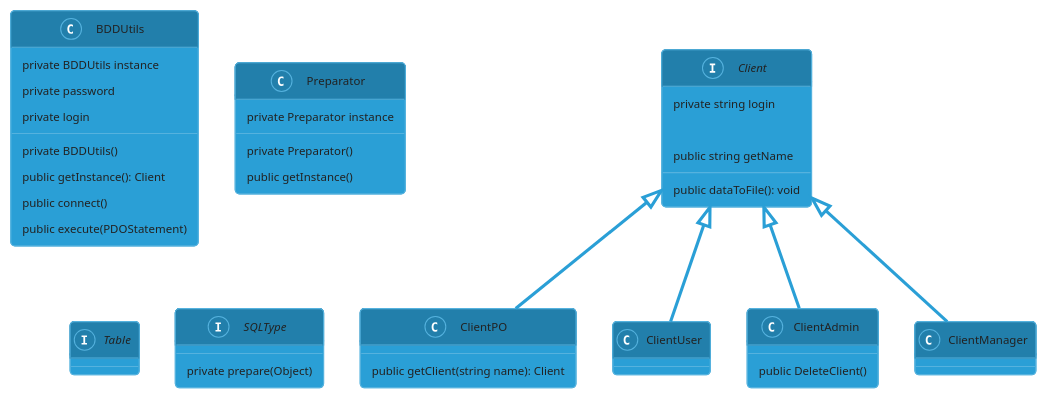
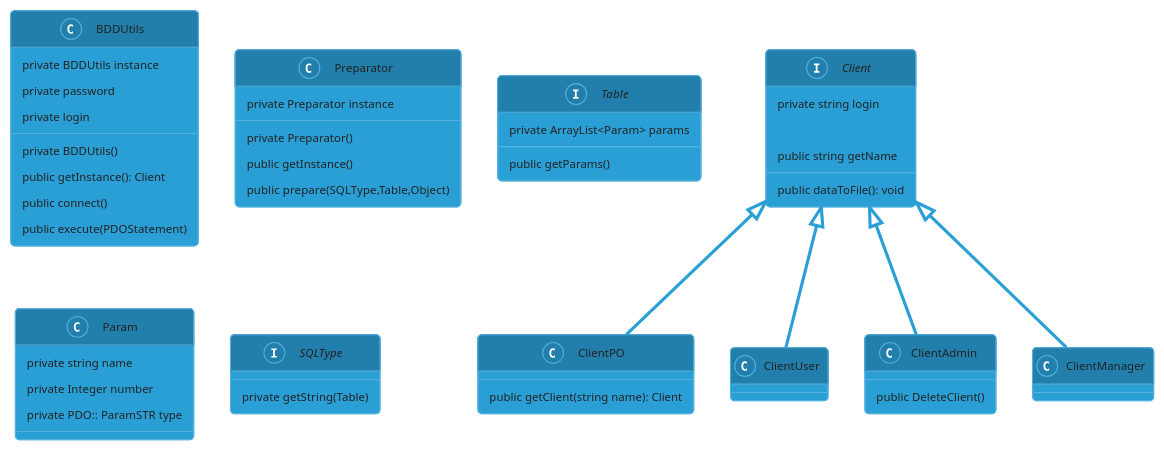
Before and after one commit to DutScrumTeam/Banccord: the diagram in ressources/OOP.puml, drawn with PlantUML. The commit also changed 1 other file, not shown here.

Commit message:
Added Final? oop diagram

```diff
--- a/ressources/OOP.puml
+++ b/ressources/OOP.puml
@@ -1,56 +1,64 @@
 @startuml
 !theme cyborg
 
 class BDDUtils {
      private BDDUtils instance
      private password
      private login
      private BDDUtils()
      public getInstance(): Client
      public connect()
      public execute(PDOStatement)
 }
 
 class Preparator {
     private Preparator instance
     private Preparator()
     public getInstance()
+    public prepare(SQLType,Table,Object)
 }
 
 interface Table {
+    private ArrayList<Param> params
+    public getParams()
+}
 
+class Param{
+    private string name
+    private Integer number
+    private PDO:: ParamSTR type
 }
 
 interface SQLType {
-    private prepare(Object)
+    private getString(Table)
 }
 
 interface Client {
     private string login
 
     public string getName
     public dataToFile(): void
 }
 
 class ClientPO {
     public getClient(string name): Client
 
 }
 
 class ClientUser {
 
 }
 
 class ClientAdmin {
     public DeleteClient()
 }
 
 class ClientManager {
 }
 
 Client <|-- ClientPO
 Client <|-- ClientUser
 Client <|-- ClientAdmin
 Client <|-- ClientManager
 
 @enduml
```
